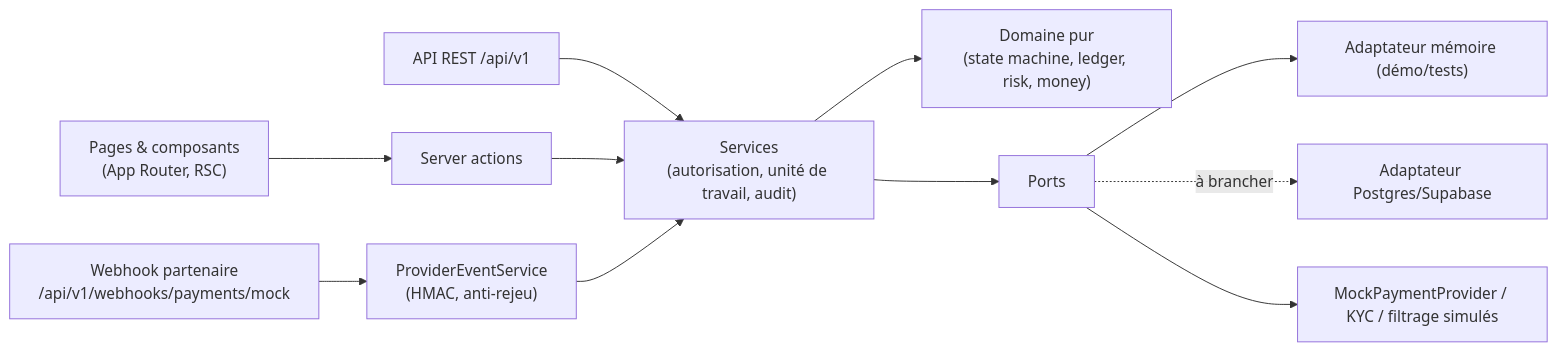
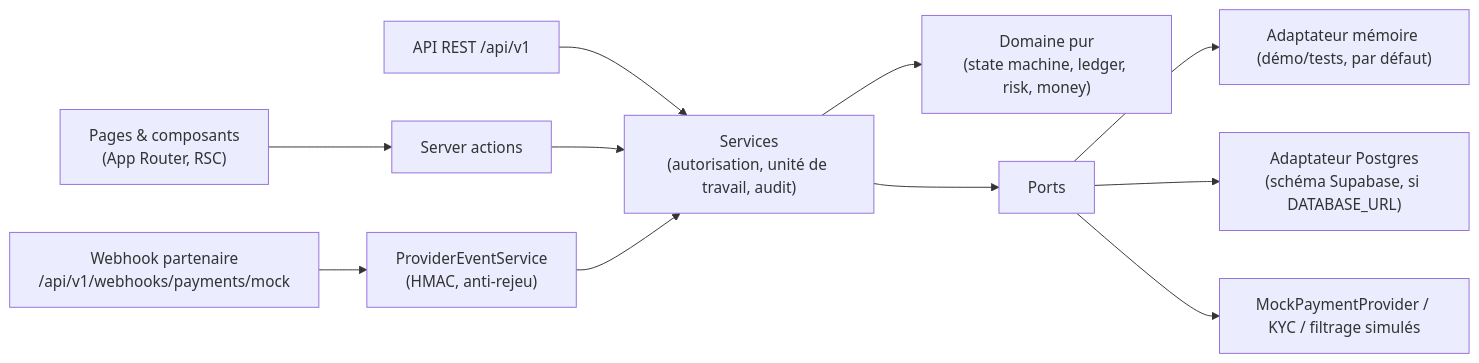
Before and after one commit to OmarMalle221/content-ops-starter: the first of 2 diagrams in trustcargo-pay/docs/ARCHITECTURE.md, drawn with Mermaid. The commit also changed other lines of this file and 45 other files, not shown here.

````diff
--- a/trustcargo-pay/docs/ARCHITECTURE.md
+++ b/trustcargo-pay/docs/ARCHITECTURE.md
@@ -13,12 +13,12 @@
 ```mermaid
 flowchart LR
   UI["Pages & composants<br/>(App Router, RSC)"] --> SA["Server actions"]
   API["API REST /api/v1"] --> SVC
   SA --> SVC["Services<br/>(autorisation, unité de travail, audit)"]
   WH["Webhook partenaire<br/>/api/v1/webhooks/payments/mock"] --> PES["ProviderEventService<br/>(HMAC, anti-rejeu)"] --> SVC
   SVC --> DOM["Domaine pur<br/>(state machine, ledger, risk, money)"]
   SVC --> PORTS["Ports"]
-  PORTS --> MEM["Adaptateur mémoire (démo/tests)"]
-  PORTS -. à brancher .-> PG["Adaptateur Postgres/Supabase"]
+  PORTS --> MEM["Adaptateur mémoire (démo/tests, par défaut)"]
+  PORTS --> PG["Adaptateur Postgres<br/>(schéma Supabase, si DATABASE_URL)"]
   PORTS --> MOCK["MockPaymentProvider / KYC / filtrage simulés"]
 ```
````
